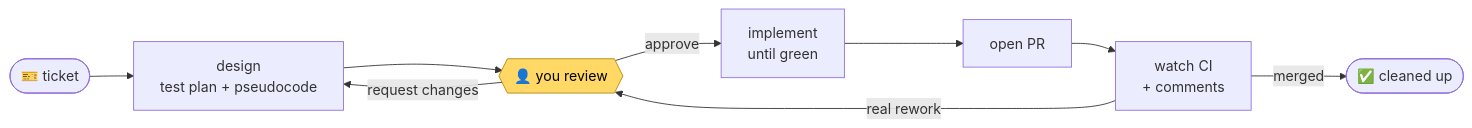
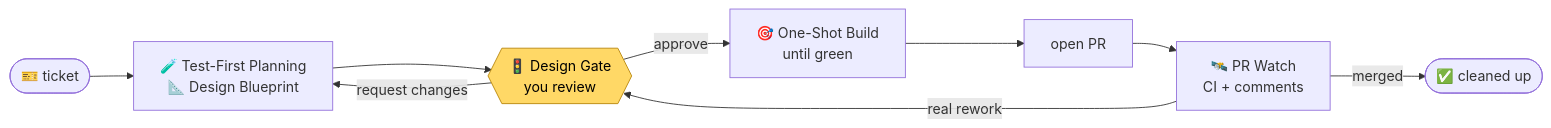
Before and after one commit to sdsvn/pi-rx: the diagram in README.md, drawn with Mermaid. The commit also changed other lines of this file, not shown here.

Commit message:
README: name the stages (Test-First Planning, Design Gate, One-Shot Build, PR Watch)

````diff
--- a/README.md
+++ b/README.md
@@ -81,13 +82,13 @@
 ```mermaid
 flowchart LR
-    T([🎫 ticket]) --> S[design<br/>test plan + pseudocode]
-    S --> G{{👤 you review}}
+    T([🎫 ticket]) --> S[🧪 Test-First Planning<br/>📐 Design Blueprint]
+    S --> G{{🚦 Design Gate<br/>you review}}
     G -- request changes --> S
-    G -- approve --> I[implement<br/>until green]
+    G -- approve --> I[🎯 One-Shot Build<br/>until green]
     I --> P[open PR]
-    P --> W[watch CI<br/>+ comments]
+    P --> W[🛰️ PR Watch<br/>CI + comments]
     W -- real rework --> G
     W -- merged --> C([✅ cleaned up])
 
     style G fill:#ffd866,stroke:#b8860b,color:#000
 ```
````
